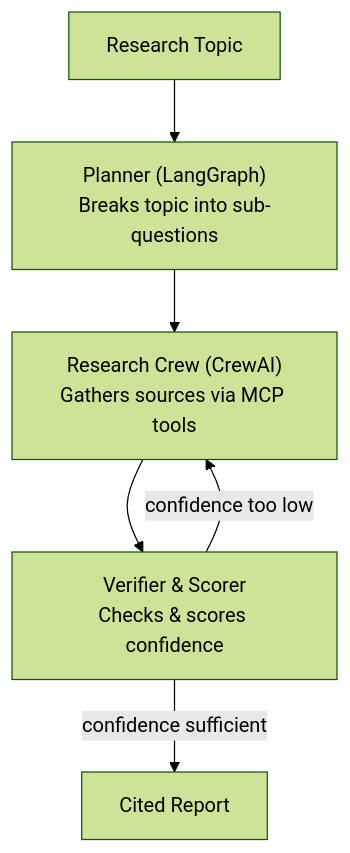
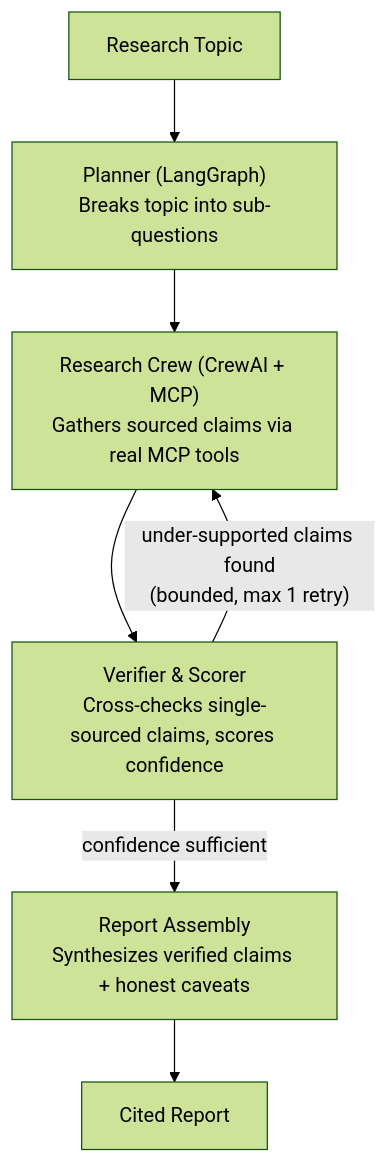
The diagram in README.md (Abhradeep1994/Deep-Research-Agent), drawn with Mermaid (forest theme) before and after one commit. The commit also changed other lines of this file and 3 other files, not shown here.

````diff
--- a/README.md
+++ b/README.md
@@ -25,8 +25,9 @@
 ```mermaid
 flowchart TD
     A[Research Topic] --> B["Planner (LangGraph)<br/>Breaks topic into sub-questions"]
-    B --> C["Research Crew (CrewAI)<br/>Gathers sources via MCP tools"]
-    C --> D["Verifier & Scorer<br/>Checks & scores confidence"]
-    D -->|"confidence too low"| C
-    D -->|"confidence sufficient"| E[Cited Report]
+    B --> C["Research Crew (CrewAI + MCP)<br/>Gathers sourced claims via real MCP tools"]
+    C --> D["Verifier & Scorer<br/>Cross-checks single-sourced claims, scores confidence"]
+    D -->|"under-supported claims found<br/>(bounded, max 1 retry)"| C
+    D -->|"confidence sufficient"| E["Report Assembly<br/>Synthesizes verified claims + honest caveats"]
+    E --> F[Cited Report]
 ```
````
